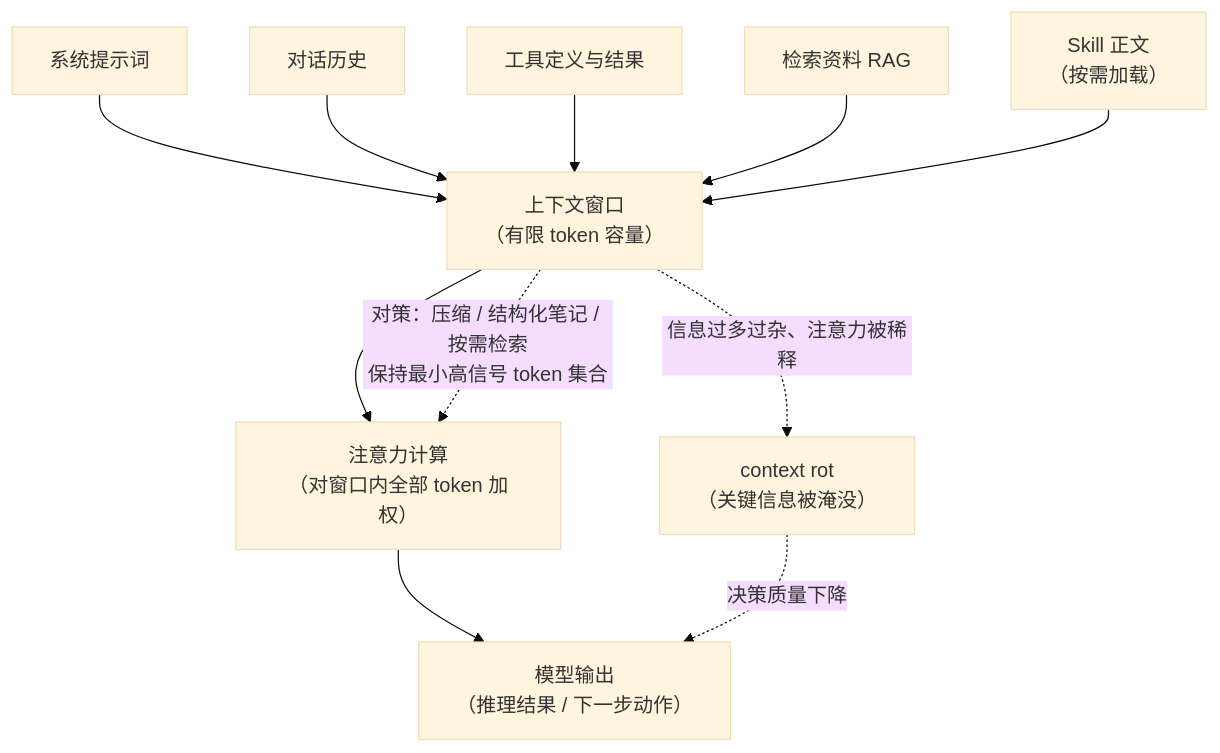
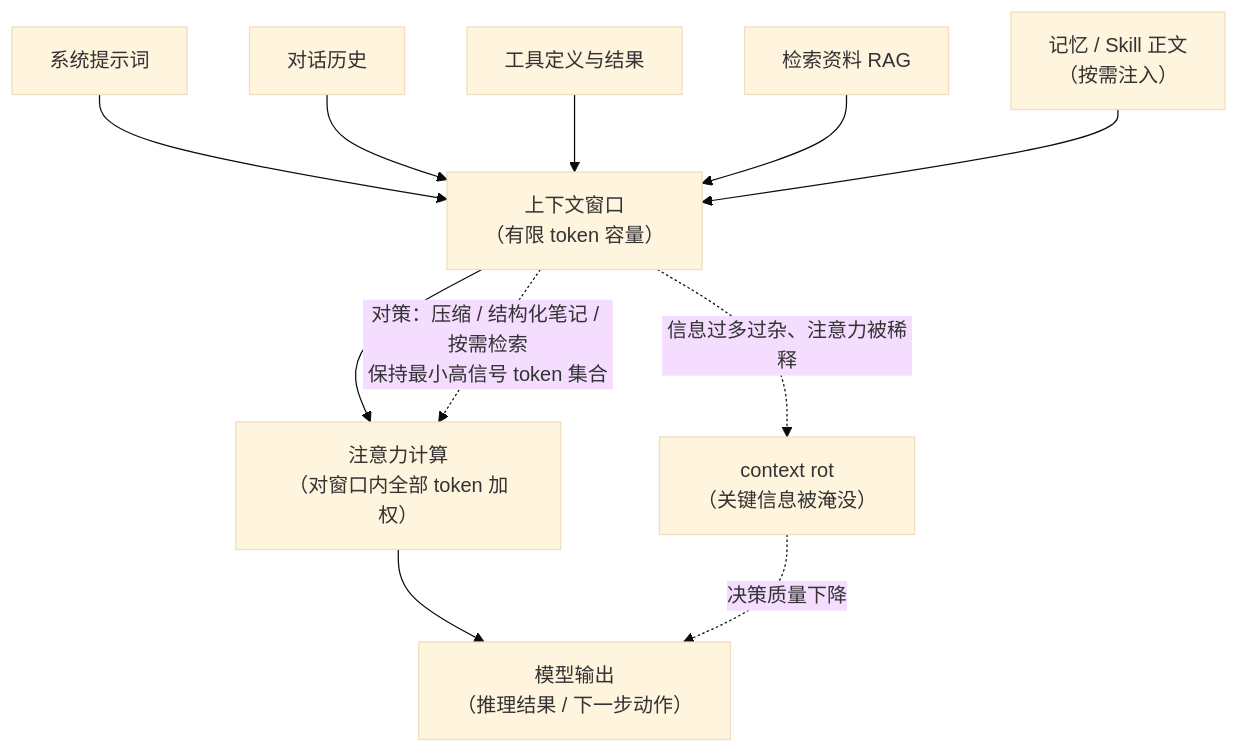
One commit to Tiam0219/bigdata-ai-course changed the diagram in learning-materials/llm-context.md. Above: the diagram before and after it, drawn with Mermaid (base theme). The commit also changed other lines of this file and 3 other files, not shown here.

````diff
--- a/learning-materials/llm-context.md
+++ b/learning-materials/llm-context.md
@@ -35,13 +35,13 @@
 ```mermaid
 flowchart TB
     S1["系统提示词"] --> W["上下文窗口<br/>（有限 token 容量）"]
     S2["对话历史"] --> W
     S3["工具定义与结果"] --> W
     S4["检索资料 RAG"] --> W
-    S5["Skill 正文<br/>（按需加载）"] --> W
+    S5["记忆 / Skill 正文<br/>（按需注入）"] --> W
     W --> A["注意力计算<br/>（对窗口内全部 token 加权）"]
     A --> O["模型输出<br/>（推理结果 / 下一步动作）"]
     W -.->|"信息过多过杂、注意力被稀释"| R["context rot<br/>（关键信息被淹没）"]
     R -.->|"决策质量下降"| O
     W -.->|"对策：压缩 / 结构化笔记 / 按需检索<br/>保持最小高信号 token 集合"| A
 ```
````
